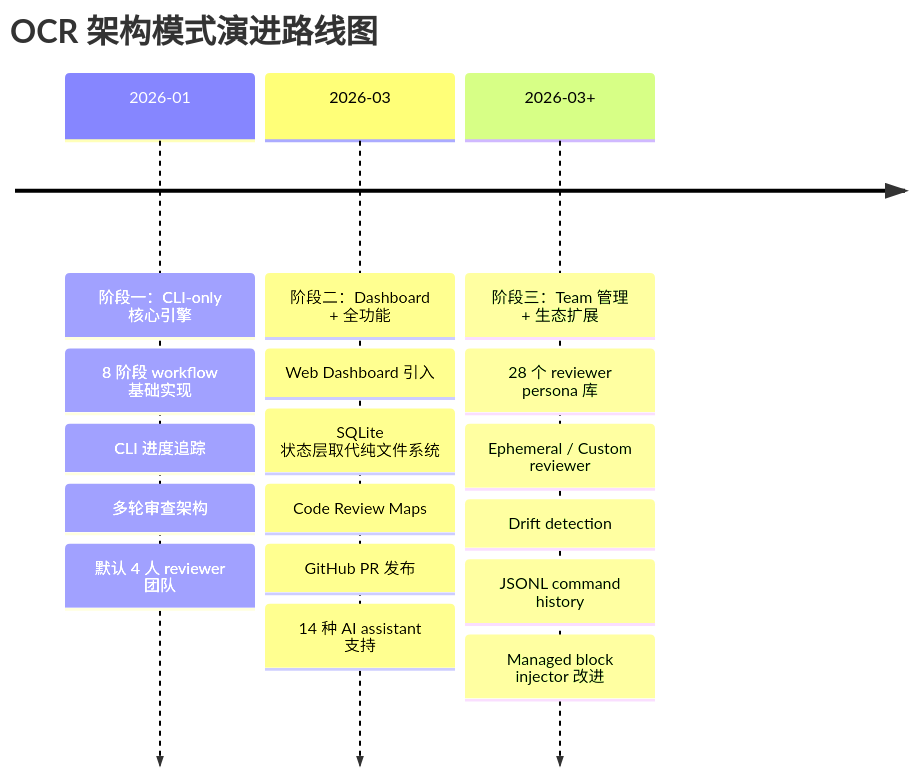
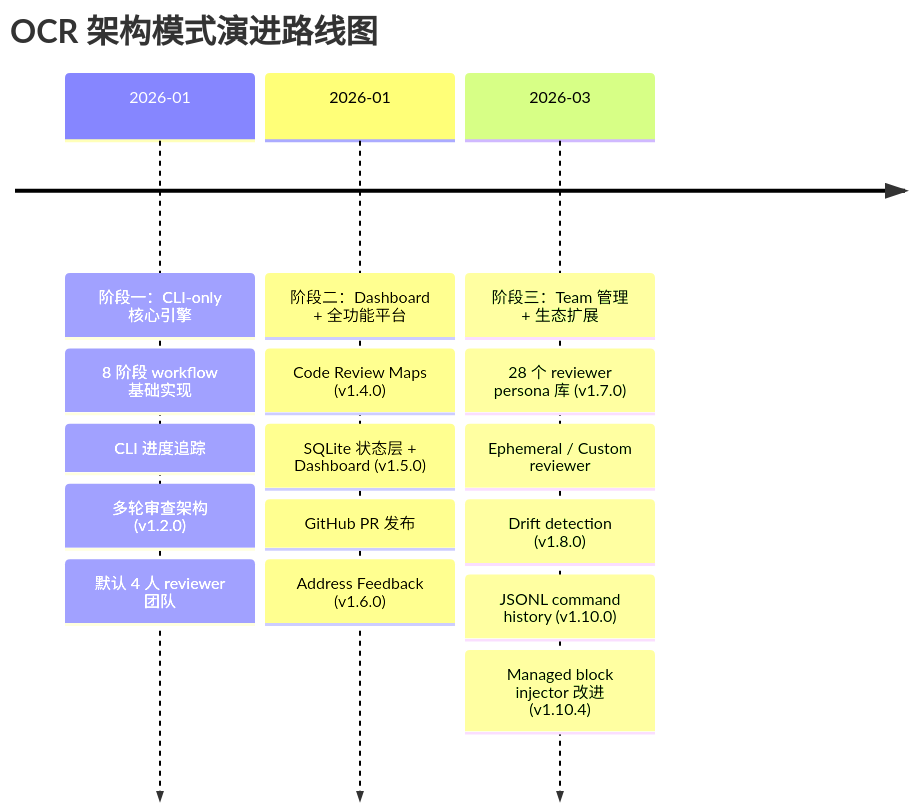
One commit to iampkuhz/openspec-research-blockchain changed the sixth of 6 diagrams in knowledge/analysis/primitives/ai-code-review/open-code-review-framework/artifact.md. Above: the diagram before and after it, drawn with Mermaid. The commit also changed other lines of this file and 8 other files, not shown here.

````diff
--- a/knowledge/analysis/primitives/ai-code-review/open-code-review-framework/artifact.md
+++ b/knowledge/analysis/primitives/ai-code-review/open-code-review-framework/artifact.md
@@ -533,21 +518,20 @@
 ```mermaid
 timeline
     title OCR 架构模式演进路线图
     2026-01 : 阶段一：CLI-only 核心引擎
             : 8 阶段 workflow 基础实现
             : CLI 进度追踪
-            : 多轮审查架构
+            : 多轮审查架构 (v1.2.0)
             : 默认 4 人 reviewer 团队
-    2026-03 : 阶段二：Dashboard + 全功能
-            : Web Dashboard 引入
-            : SQLite 状态层取代纯文件系统
-            : Code Review Maps
+    2026-01 : 阶段二：Dashboard + 全功能平台
+            : Code Review Maps (v1.4.0)
+            : SQLite 状态层 + Dashboard (v1.5.0)
             : GitHub PR 发布
-            : 14 种 AI assistant 支持
-    2026-03+ : 阶段三：Team 管理 + 生态扩展
-            : 28 个 reviewer persona 库
+            : Address Feedback (v1.6.0)
+    2026-03 : 阶段三：Team 管理 + 生态扩展
+            : 28 个 reviewer persona 库 (v1.7.0)
             : Ephemeral / Custom reviewer
-            : Drift detection
-            : JSONL command history
-            : Managed block injector 改进
+            : Drift detection (v1.8.0)
+            : JSONL command history (v1.10.0)
+            : Managed block injector 改进 (v1.10.4)
 ```
````
